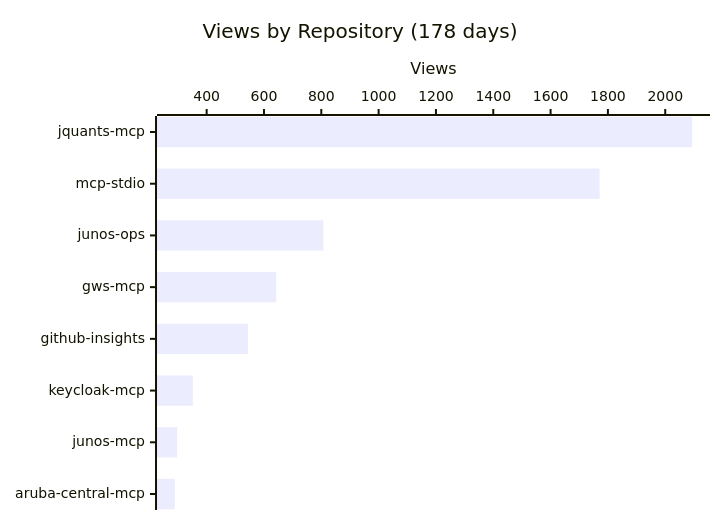
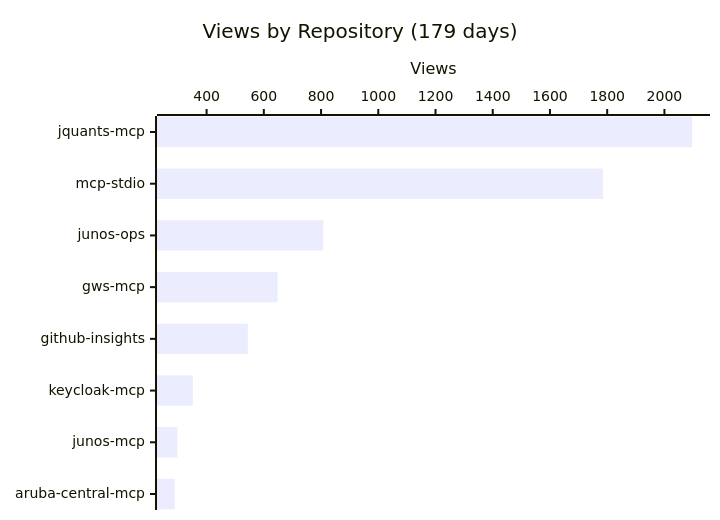
One commit to shigechika/github-insights changed the first of 4 diagrams in README.md. Above: the diagram before and after it, drawn with Mermaid. The commit also changed other lines of this file and 2 other files, not shown here.

````diff
--- a/README.md
+++ b/README.md
@@ -18,7 +18,7 @@
 ```mermaid
 xychart-beta horizontal
-    title "Views by Repository (178 days)"
+    title "Views by Repository (179 days)"
     x-axis ["jquants-mcp", "mcp-stdio", "junos-ops", "gws-mcp", "github-insights", "keycloak-mcp", "junos-mcp", "aruba-central-mcp"]
     y-axis "Views"
-    bar [2094, 1771, 807, 643, 544, 352, 297, 289]
+    bar [2097, 1785, 808, 648, 544, 352, 298, 289]
 ```
````
